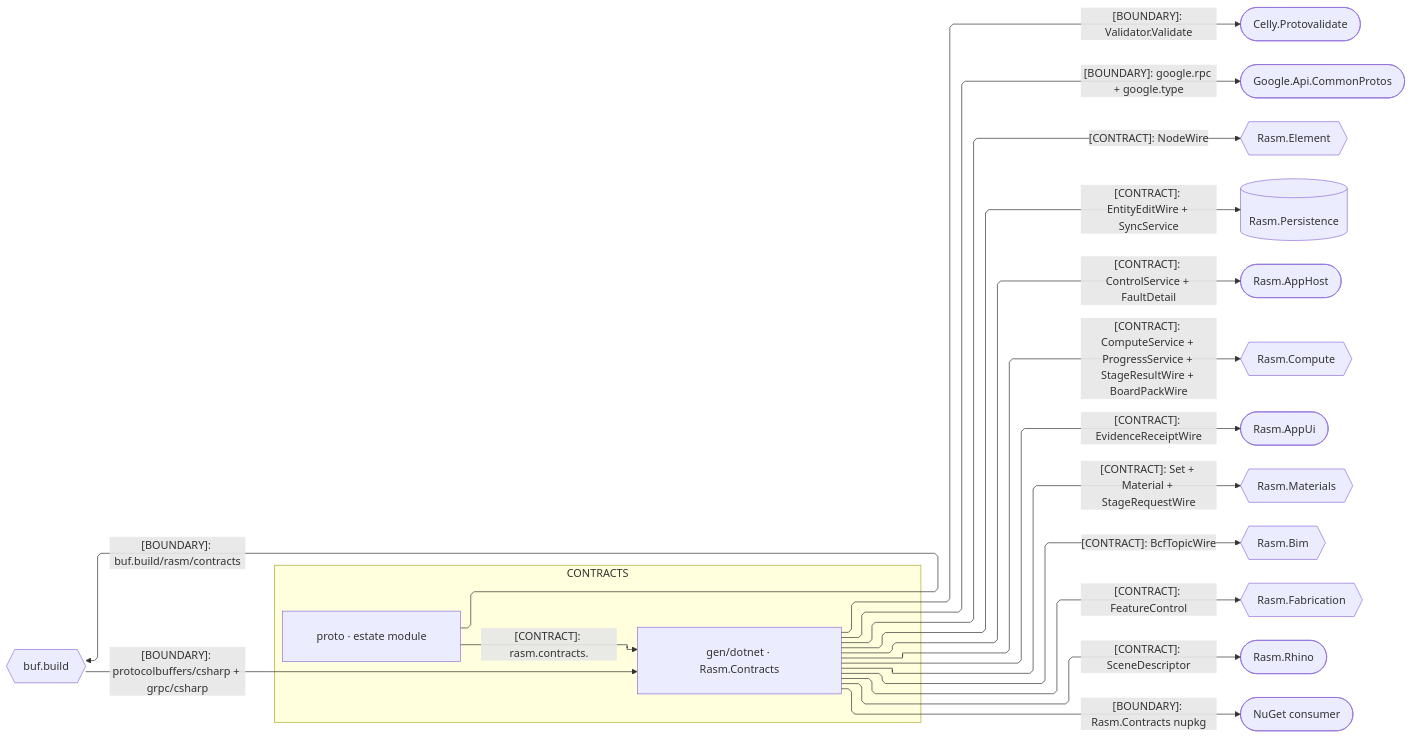
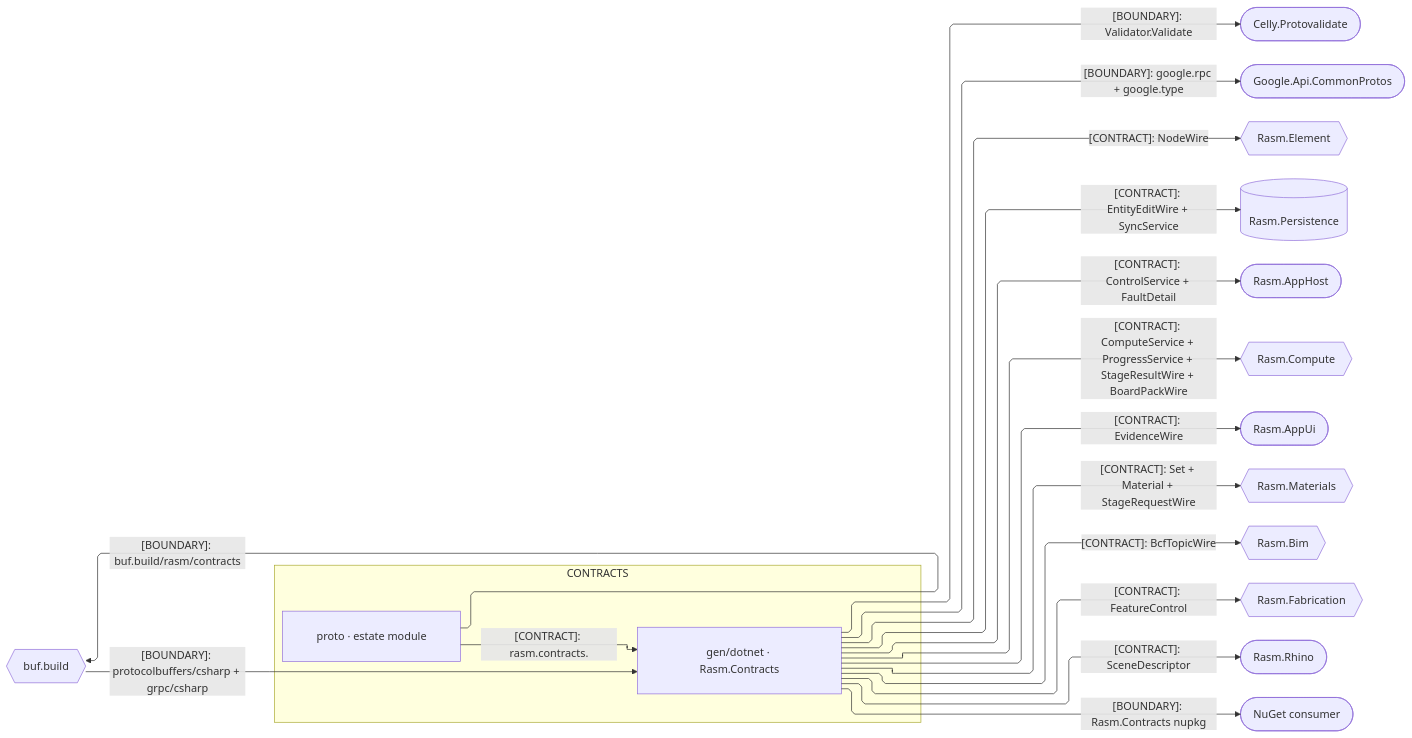
The second of 6 diagrams in libs/contracts/ARCHITECTURE.md (bsamiee/Rasm), drawn with Mermaid before and after one commit. The commit also changed other lines of this file and 1417 other files, not shown here.

````diff
--- a/libs/contracts/ARCHITECTURE.md
+++ b/libs/contracts/ARCHITECTURE.md
@@ -144,44 +141,44 @@
 ```mermaid
 ---
 config:
   layout: elk
   flowchart:
     curve: linear
     padding: 25
 ---
 flowchart LR
     accTitle: Contracts .NET seam registry
     accDescr: How the corpus and the BSR author the C# emission, which runtime packages its descriptors bind, and which .NET packages consume it.
     subgraph contracts[CONTRACTS]
         Proto[proto · estate module]
         Dotnet[gen/dotnet · Rasm.Contracts]
     end
     Bsr{{buf.build}}
     Protovalidate([Celly.Protovalidate])
     CommonProtos([Google.Api.CommonProtos])
     Element{{Rasm.Element}}
     Persistence[(Rasm.Persistence)]
     AppHost([Rasm.AppHost])
     Compute{{Rasm.Compute}}
     AppUi([Rasm.AppUi])
     Materials{{Rasm.Materials}}
     Bim{{Rasm.Bim}}
     Fabrication{{Rasm.Fabrication}}
     Rhino([Rasm.Rhino])
     Nuget([NuGet consumer])
     Proto e1@-->|"[CONTRACT]: rasm.contracts.<family>"| Dotnet
     Proto e2@-->|"[BOUNDARY]: buf.build/rasm/contracts"| Bsr
     Bsr e3@-->|"[BOUNDARY]: protocolbuffers/csharp + grpc/csharp"| Dotnet
     Dotnet e4@-->|"[BOUNDARY]: Validator.Validate"| Protovalidate
     Dotnet e5@-->|"[BOUNDARY]: google.rpc + google.type"| CommonProtos
     Dotnet e6@-->|"[CONTRACT]: NodeWire"| Element
     Dotnet e7@-->|"[CONTRACT]: EntityEditWire + SyncService"| Persistence
     Dotnet e8@-->|"[CONTRACT]: ControlService + FaultDetail"| AppHost
     Dotnet e9@-->|"[CONTRACT]: ComputeService + ProgressService + StageResultWire + BoardPackWire"| Compute
-    Dotnet e10@-->|"[CONTRACT]: EvidenceReceiptWire"| AppUi
+    Dotnet e10@-->|"[CONTRACT]: EvidenceWire"| AppUi
     Dotnet e11@-->|"[CONTRACT]: Set + Material + StageRequestWire"| Materials
     Dotnet e12@-->|"[CONTRACT]: BcfTopicWire"| Bim
     Dotnet e13@-->|"[CONTRACT]: FeatureControl"| Fabrication
     Dotnet e14@-->|"[CONTRACT]: SceneDescriptor"| Rhino
     Dotnet e15@-->|"[BOUNDARY]: Rasm.Contracts nupkg"| Nuget
 ```
````
